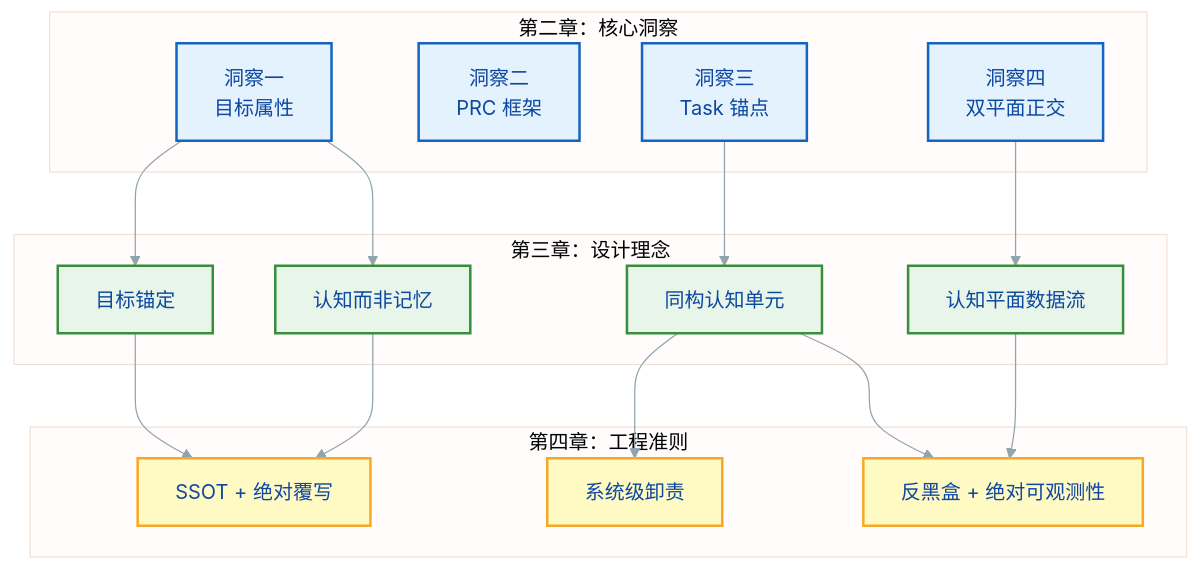
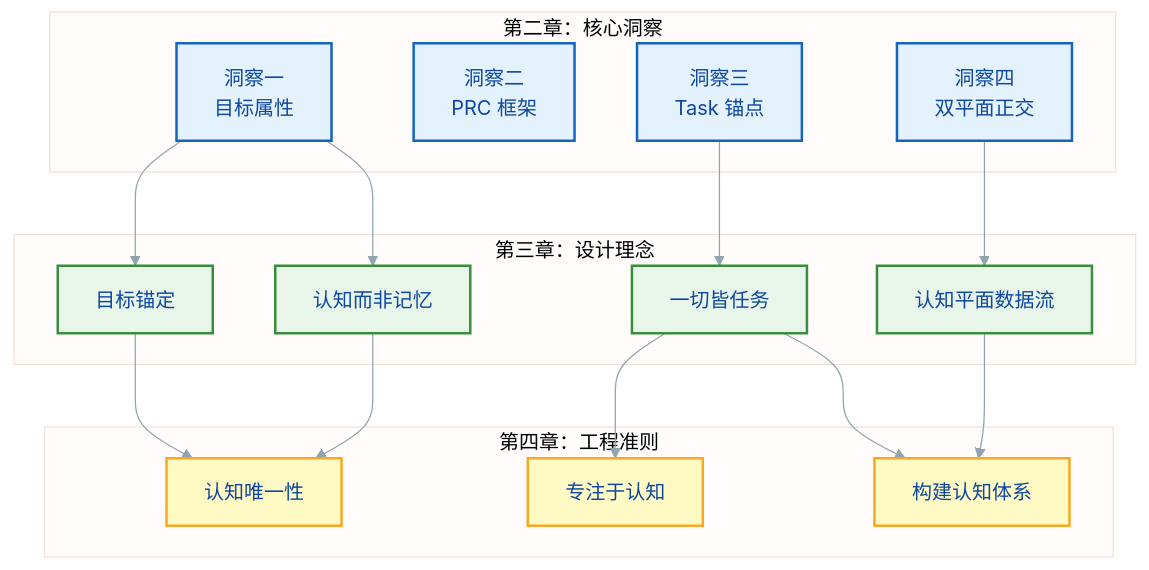
One commit to Lazyn0tBug/mem0ress changed the fifth of 9 diagrams in docs/spec.md. Above: the diagram before and after it, drawn with Mermaid. The commit also changed other lines of this file, not shown here.

````diff
--- a/docs/spec.md
+++ b/docs/spec.md
@@ -290,41 +281,41 @@
 ```mermaid
 %% label：工程准则与洞察的映射关系
 %%{ init: { 'theme': 'base', 'themeVariables': { 'primaryColor': '#e3f2fd', 'primaryTextColor': '#0d47a1', 'primaryBorderColor': '#1565c0', 'lineColor': '#90a4ae' } } }%%
 graph TB
     subgraph 洞察层["第二章：核心洞察"]
         I1["洞察一\n目标属性"]
         I2["洞察二\nPRC 框架"]
         I3["洞察三\nTask 锚点"]
         I4["洞察四\n双平面正交"]
     end
 
     subgraph 理念层["第三章：设计理念"]
         G1["目标锚定"]
         G2["认知而非记忆"]
-        G3["同构认知单元"]
+        G3["一切皆任务"]
         G4["认知平面数据流"]
     end
 
     subgraph 准则层["第四章：工程准则"]
-        E1["SSOT + 绝对覆写"]
-        E2["系统级卸责"]
-        E3["反黑盒 + 绝对可观测性"]
+        E1["认知唯一性"]
+        E2["专注于认知"]
+        E3["构建认知体系"]
     end
 
     I1 --> G1
     I1 --> G2
     I3 --> G3
     I4 --> G4
     G1 --> E1
     G2 --> E1
     G3 --> E2
     G3 --> E3
     G4 --> E3
 
     classDef insight fill:#e3f2fd,stroke:#1565c0,stroke-width:2px;
     classDef principle fill:#e8f5e9,stroke:#388e3c,stroke-width:2px;
     classDef rule fill:#fff9c4,stroke:#f9a825,stroke-width:2px;
     class I1,I2,I3,I4 insight;
     class G1,G2,G3,G4 principle;
     class E1,E2,E3 rule;
 ```
````
